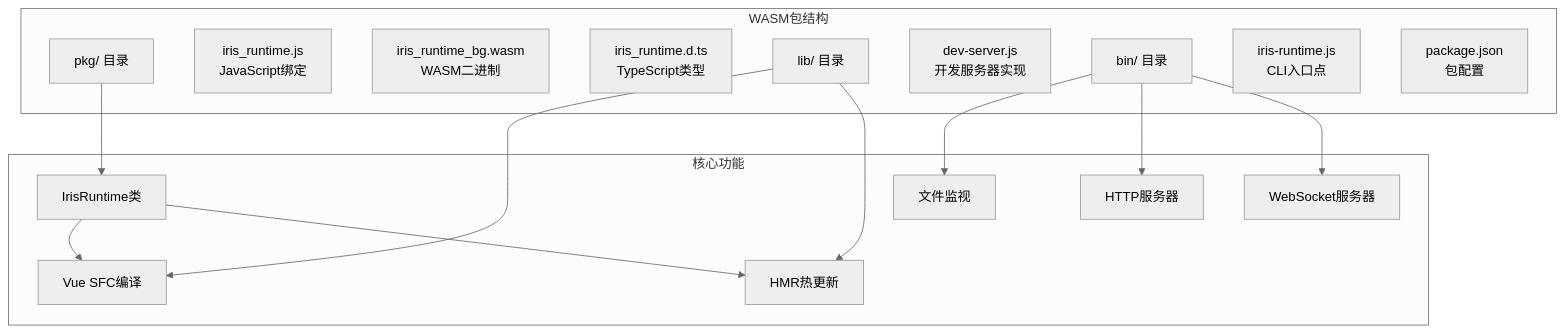
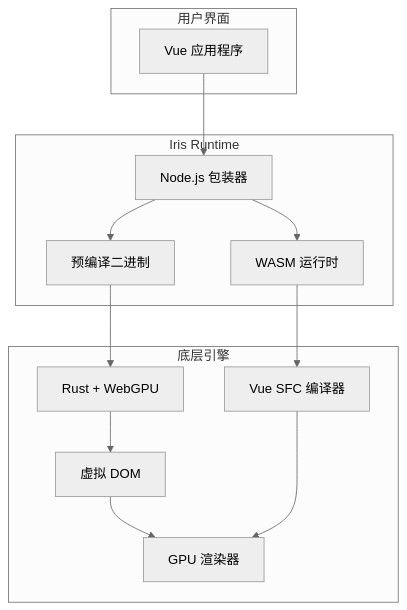
One commit to itszzl-sudo/iris changed the diagram in .qoder/repowiki/zh/content/核心功能特性/工程化与商业化能力/Iris Runtime NPM 包.md. Above: the diagram before and after it, drawn with Mermaid (neutral theme). The commit also changed other lines of this file and 34 other files, not shown here.

````diff
--- a/.qoder/repowiki/zh/content/核心功能特性/工程化与商业化能力/Iris Runtime NPM 包.md
+++ b/.qoder/repowiki/zh/content/核心功能特性/工程化与商业化能力/Iris Runtime NPM 包.md
@@ -548,30 +179,25 @@
 ```mermaid
 graph TB
-subgraph "WASM包结构"
-A[pkg/ 目录]
-A1[iris_runtime.js<br/>JavaScript绑定]
-A2[iris_runtime_bg.wasm<br/>WASM二进制]
-A3[iris_runtime.d.ts<br/>TypeScript类型]
-B[lib/ 目录]
-B1[dev-server.js<br/>开发服务器实现]
-C[bin/ 目录]
-C1[iris-runtime.js<br/>CLI入口点]
-D[package.json<br/>包配置]
+subgraph "用户界面"
+A[Vue 应用程序]
 end
-subgraph "核心功能"
-E[IrisRuntime类]
-F[Vue SFC编译]
-G[HMR热更新]
-H[文件监视]
-I[HTTP服务器]
-J[WebSocket服务器]
+subgraph "Iris Runtime"
+B[Node.js 包装器]
+C[预编译二进制]
+D[WASM 运行时]
 end
-A --> E
-B --> F
-B --> G
-C --> H
-C --> I
-C --> J
-E --> F
+subgraph "底层引擎"
+E[Rust + WebGPU]
+F[Vue SFC 编译器]
+G[虚拟 DOM]
+H[GPU 渲染器]
+end
+A --> B
+B --> C
+B --> D
+C --> E
+D --> F
 E --> G
+G --> H
+F --> H
 ```
````
